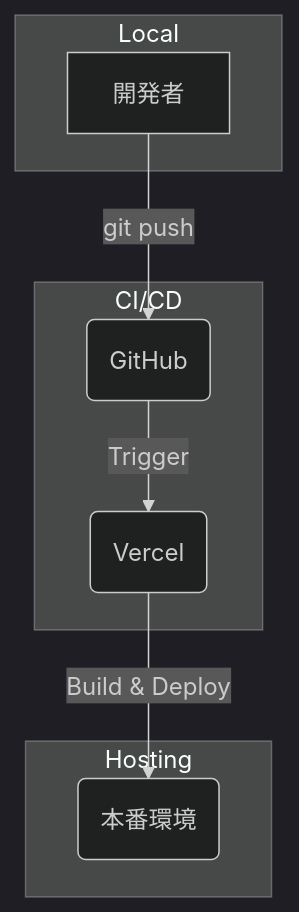
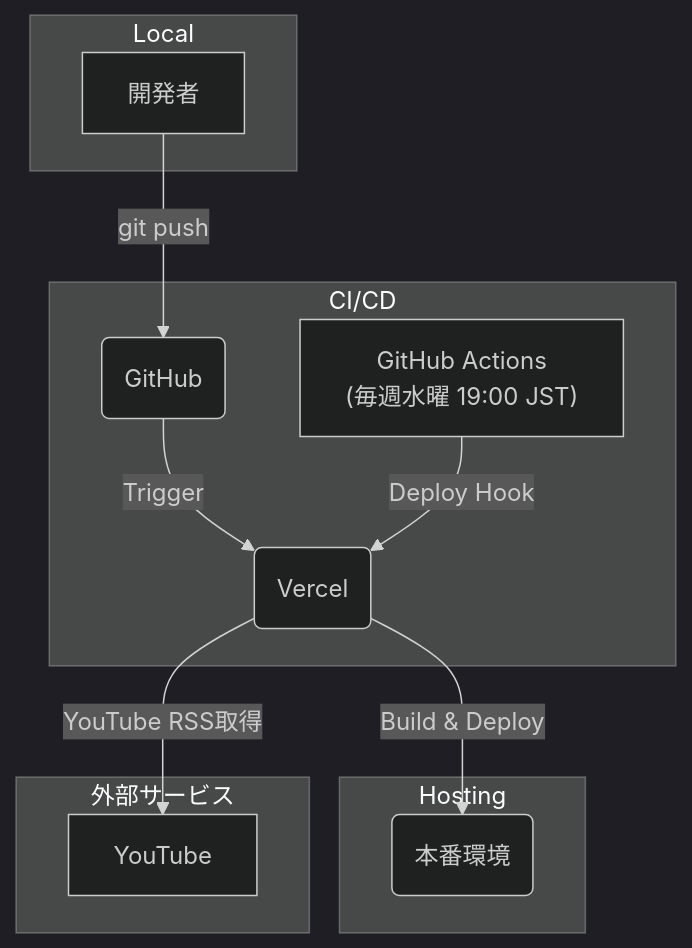
The second of 2 diagrams in README.md (shou-dev19/shou-portfolio), drawn with Mermaid (dark theme) before and after one commit. The commit also changed other lines of this file and 10 other files, not shown here.

````diff
--- a/README.md
+++ b/README.md
@@ -100,19 +108,26 @@
 ```mermaid
 graph TD
     A[開発者] -->|git push| B(GitHub)
     B -->|Trigger| C(Vercel)
     C -->|Build & Deploy| D(本番環境)
+    E["GitHub Actions\n(毎週水曜 19:00 JST)"] -->|Deploy Hook| C
+    C -->|YouTube RSS取得| F[YouTube]
 
     subgraph "Local"
       A
     end
 
     subgraph "CI/CD"
       B
       C
+      E
     end
 
     subgraph "Hosting"
       D
     end
+
+    subgraph "外部サービス"
+      F
+    end
 ```
````
